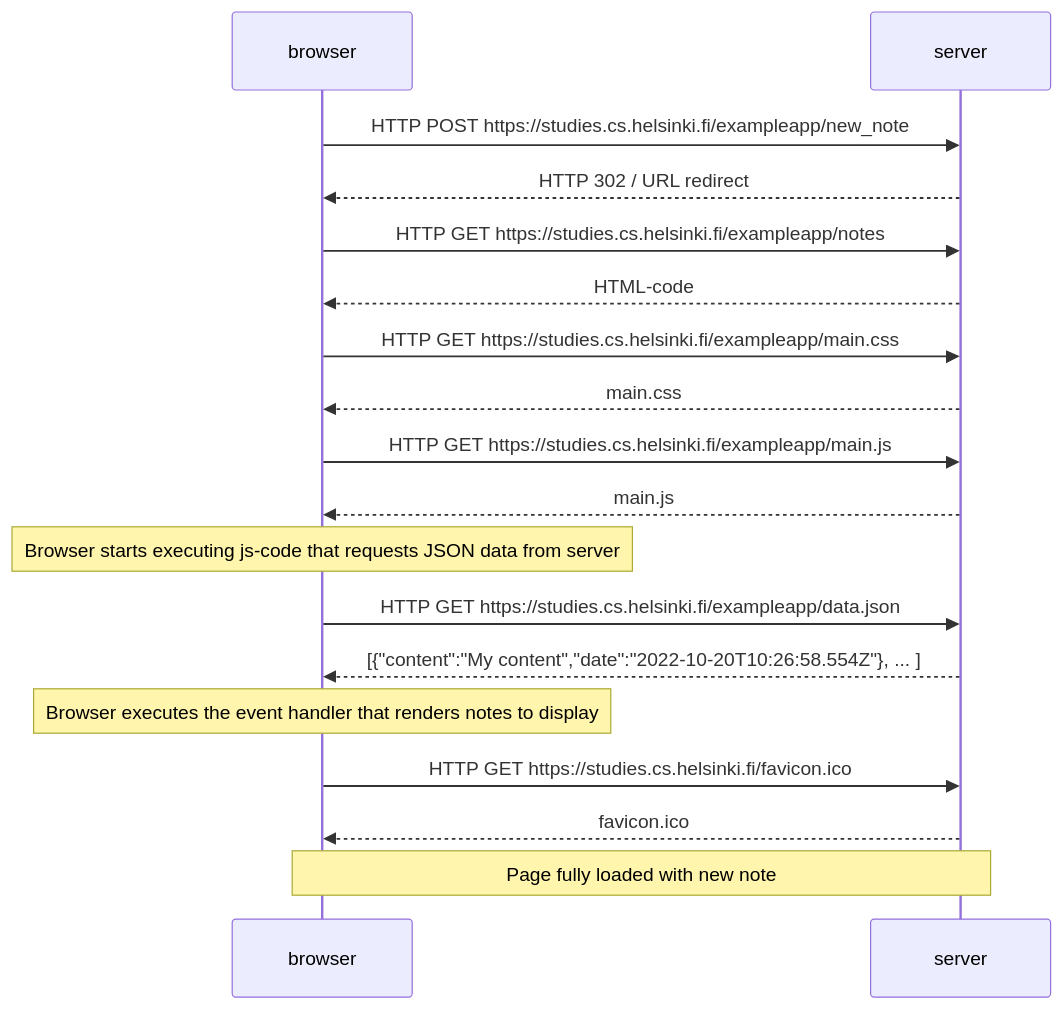
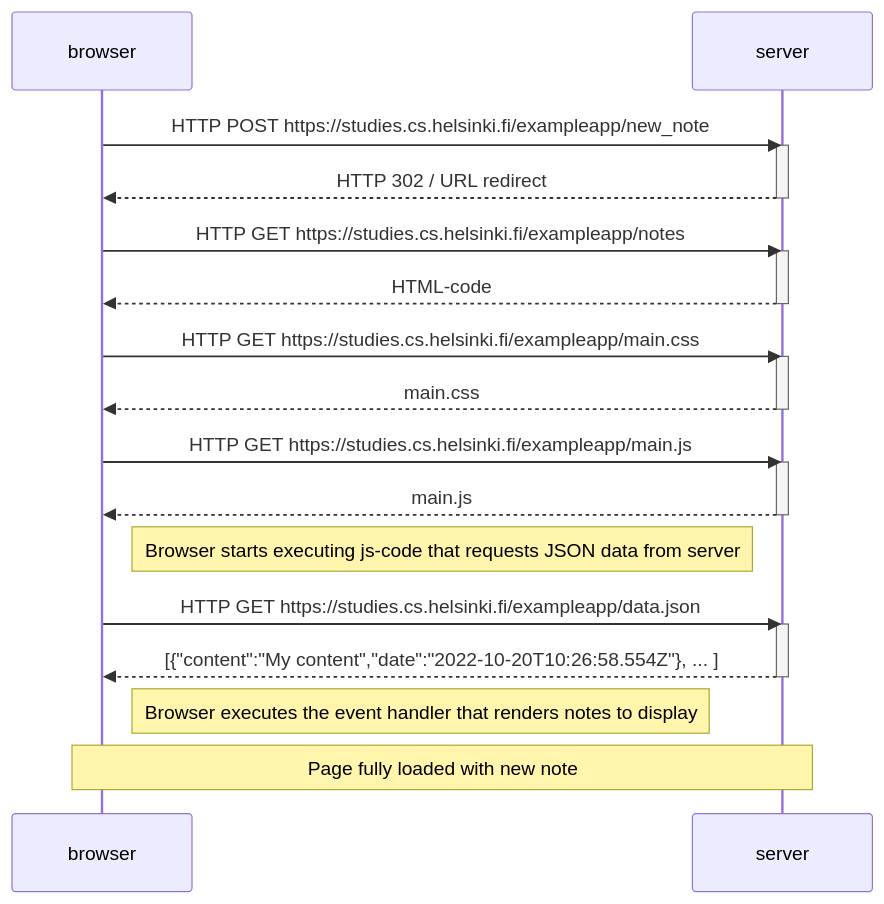
One commit to mecene/fullstack-Helsinki changed the diagram in part0/4.md. Above: the diagram before and after it, drawn with Mermaid. The commit also changed 2 other files, not shown here.

Commit message:
completion ex 6

````diff
--- a/part0/4.md
+++ b/part0/4.md
@@ -1,21 +1,36 @@
 ```mermaid
 sequenceDiagram
     participant browser
     participant server
 
     browser->>server:  HTTP POST https://studies.cs.helsinki.fi/exampleapp/new_note
+    activate server
     server-->>browser: HTTP 302 / URL redirect
+    deactivate server
+
     browser->>server:  HTTP GET https://studies.cs.helsinki.fi/exampleapp/notes
+    activate server
     server-->>browser: HTML-code
+    deactivate server
+
     browser->>server:  HTTP GET https://studies.cs.helsinki.fi/exampleapp/main.css
+    activate server
     server-->>browser: main.css
+    deactivate server
+
     browser->>server:  HTTP GET https://studies.cs.helsinki.fi/exampleapp/main.js
+    activate server
     server-->>browser: main.js
-    note over browser: Browser starts executing js-code that requests JSON data from server
+    deactivate server
+
+    note right of browser: Browser starts executing js-code that requests JSON data from server
+
     browser->>server:  HTTP GET https://studies.cs.helsinki.fi/exampleapp/data.json
+    activate server
     server-->>browser: [{"content":"My content","date":"2022-10-20T10:26:58.554Z"}, ... ]
-    note over browser: Browser executes the event handler that renders notes to display
-    browser->>server:  HTTP GET https://studies.cs.helsinki.fi/favicon.ico
-    server-->>browser: favicon.ico
+    deactivate server
+
+    note right of browser: Browser executes the event handler that renders notes to display
+    
     note over browser, server: Page fully loaded with new note
 ```
````
